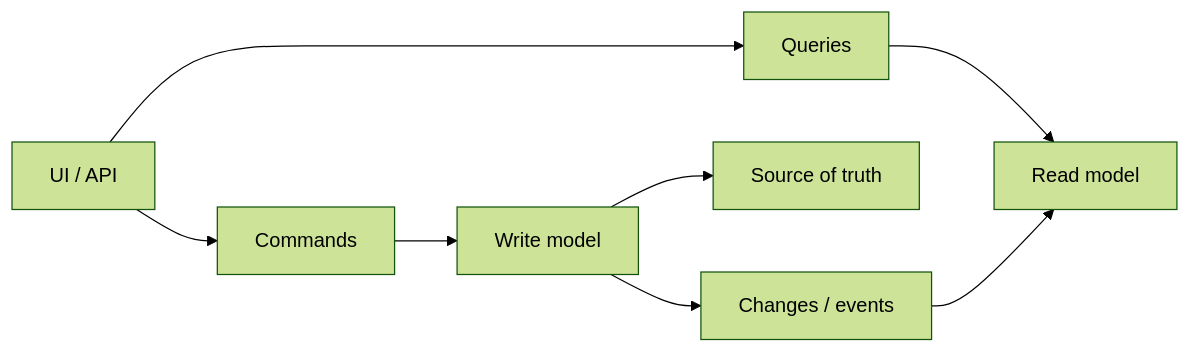
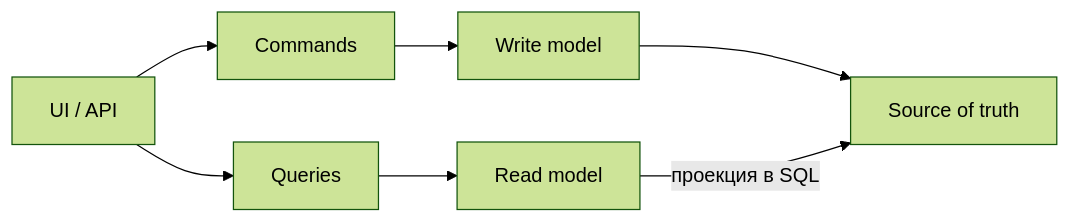
Diagram 12 of 19 in content/lectures/Lec13/vitepress.md (Kert0n/KPO), drawn with Mermaid (forest theme) before and after one commit. The commit also changed other lines of this file, not shown here.

````diff
--- a/content/lectures/Lec13/vitepress.md
+++ b/content/lectures/Lec13/vitepress.md
@@ -1256,10 +1306,9 @@
 ```mermaid
 flowchart LR
     UI["UI / API"] --> Commands["Commands"]
     UI --> Queries["Queries"]
     Commands --> WriteModel["Write model"]
     Queries --> ReadModel["Read model"]
     WriteModel --> Source["Source of truth"]
-    WriteModel --> Events["Changes / events"]
-    Events --> ReadModel
+    ReadModel -->|"проекция в SQL"| Source
 ```
````
